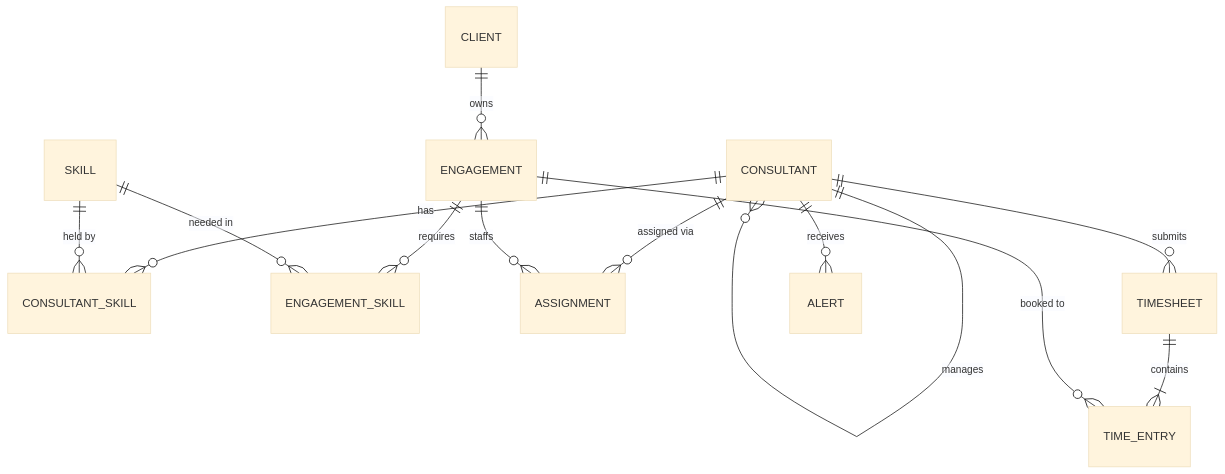
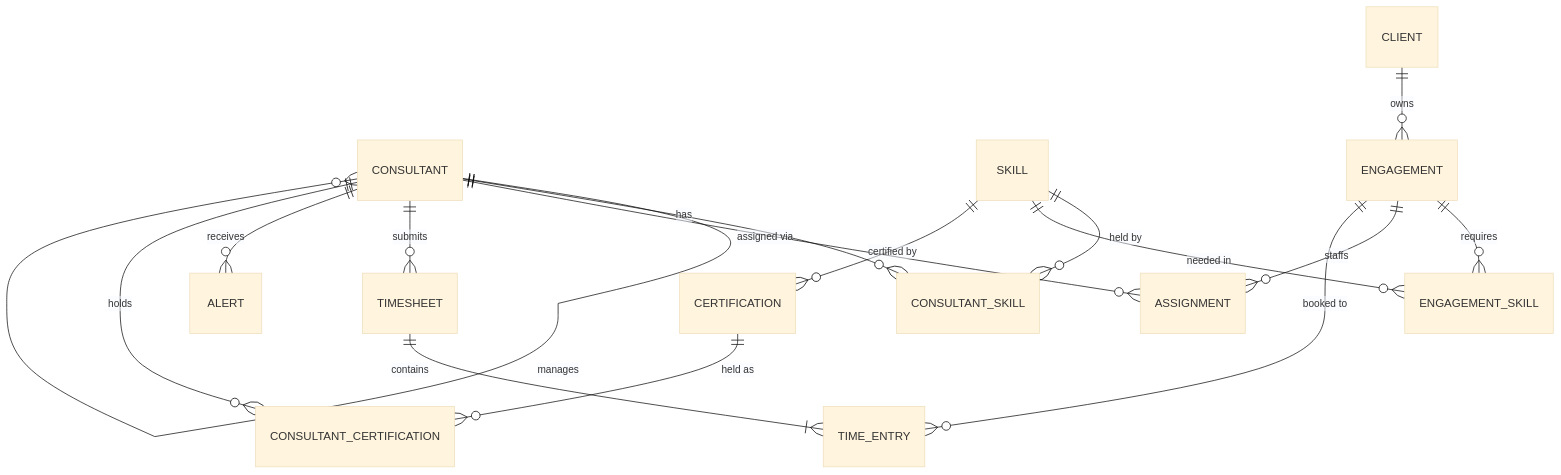
The diagram in docs/data-model.md (DiogoS7/Houston), drawn with Mermaid (base theme) before and after one commit. The commit also changed other lines of this file and 9 other files, not shown here.

````diff
--- a/docs/data-model.md
+++ b/docs/data-model.md
@@ -5,15 +5,18 @@
 ```mermaid
 erDiagram
     CONSULTANT ||--o{ CONSULTANT : manages
     CONSULTANT ||--o{ CONSULTANT_SKILL : has
     SKILL ||--o{ CONSULTANT_SKILL : "held by"
     CLIENT ||--o{ ENGAGEMENT : owns
     ENGAGEMENT ||--o{ ENGAGEMENT_SKILL : requires
     SKILL ||--o{ ENGAGEMENT_SKILL : "needed in"
     CONSULTANT ||--o{ ASSIGNMENT : "assigned via"
     ENGAGEMENT ||--o{ ASSIGNMENT : staffs
     CONSULTANT ||--o{ TIMESHEET : submits
     TIMESHEET ||--|{ TIME_ENTRY : contains
     ENGAGEMENT ||--o{ TIME_ENTRY : "booked to"
     CONSULTANT ||--o{ ALERT : receives
+    SKILL ||--o{ CERTIFICATION : "certified by"
+    CERTIFICATION ||--o{ CONSULTANT_CERTIFICATION : "held as"
+    CONSULTANT ||--o{ CONSULTANT_CERTIFICATION : holds
 ```
````
